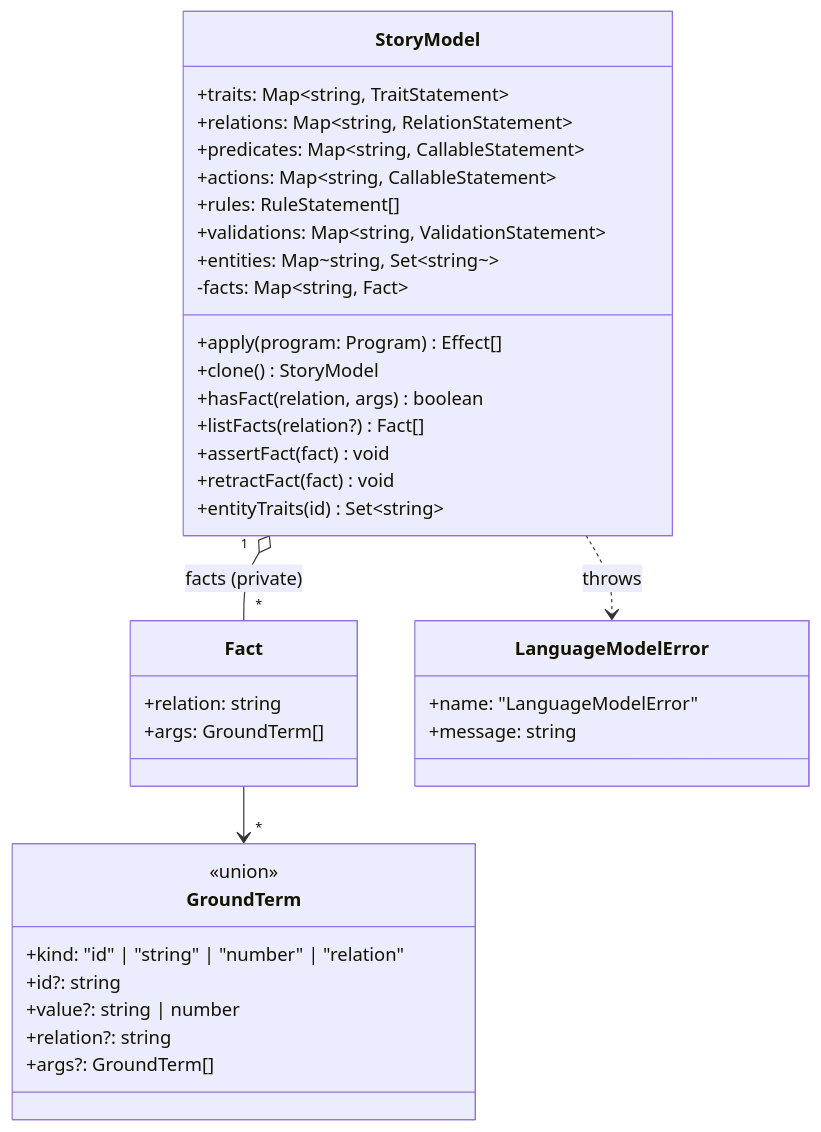
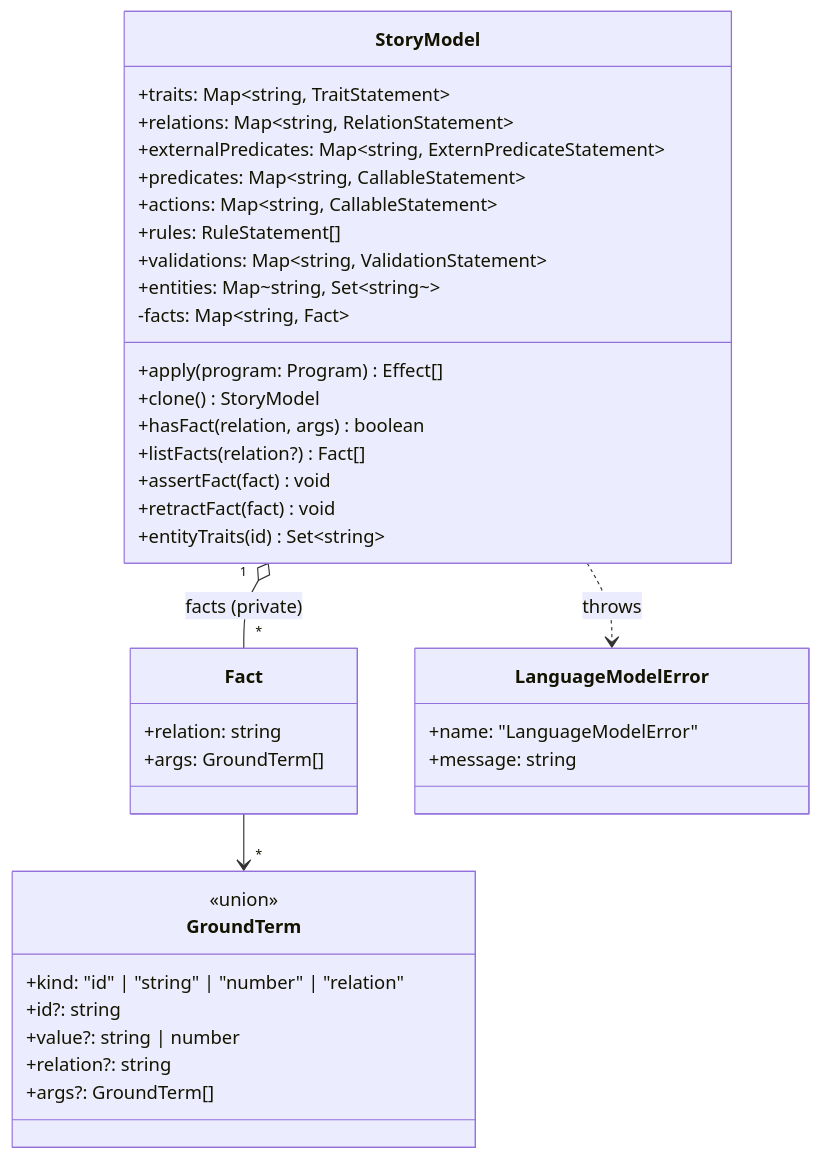
Before and after one commit to johnnyfs/qualms: the second of 6 diagrams in specs/engine-model.md, drawn with Mermaid. The commit also changed other lines of this file and 11 other files, not shown here.

````diff
--- a/specs/engine-model.md
+++ b/specs/engine-model.md
@@ -182,44 +197,45 @@
 ```mermaid
 classDiagram
   class StoryModel {
     +traits: Map~string, TraitStatement~
     +relations: Map~string, RelationStatement~
+    +externalPredicates: Map~string, ExternPredicateStatement~
     +predicates: Map~string, CallableStatement~
     +actions: Map~string, CallableStatement~
     +rules: RuleStatement[]
     +validations: Map~string, ValidationStatement~
     +entities: Map~string, Set~string~~
     -facts: Map~string, Fact~
     +apply(program: Program) Effect[]
     +clone() StoryModel
     +hasFact(relation, args) boolean
     +listFacts(relation?) Fact[]
     +assertFact(fact) void
     +retractFact(fact) void
     +entityTraits(id) Set~string~
   }
 
   class Fact {
     +relation: string
     +args: GroundTerm[]
   }
 
   class GroundTerm {
     <<union>>
     +kind: "id" | "string" | "number" | "relation"
     +id?: string
     +value?: string | number
     +relation?: string
     +args?: GroundTerm[]
   }
 
   class LanguageModelError {
     +name: "LanguageModelError"
     +message: string
   }
 
   StoryModel "1" o-- "*" Fact : facts (private)
   Fact --> "*" GroundTerm
 
   StoryModel ..> LanguageModelError : throws
 ```
````
